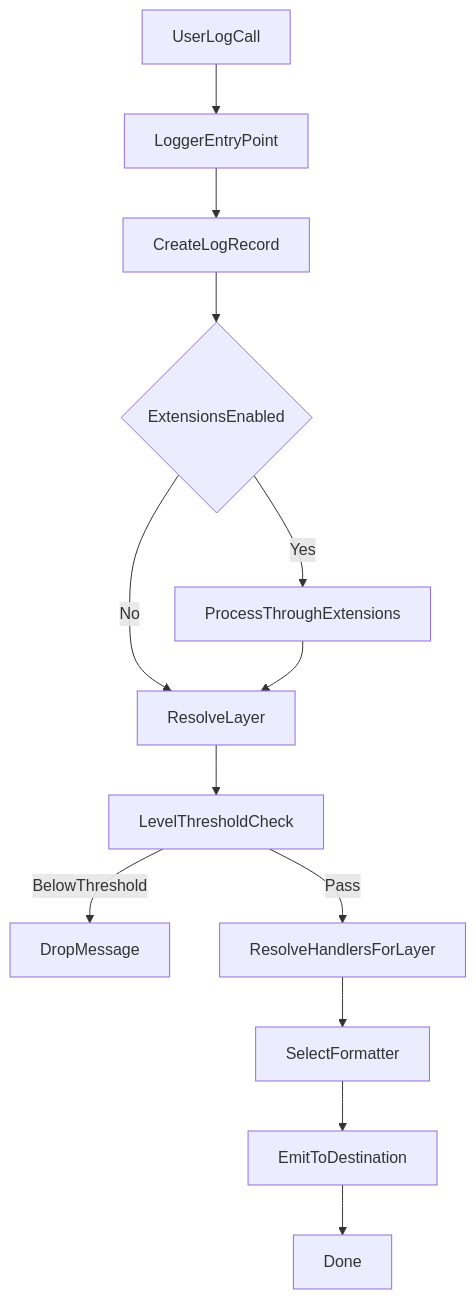
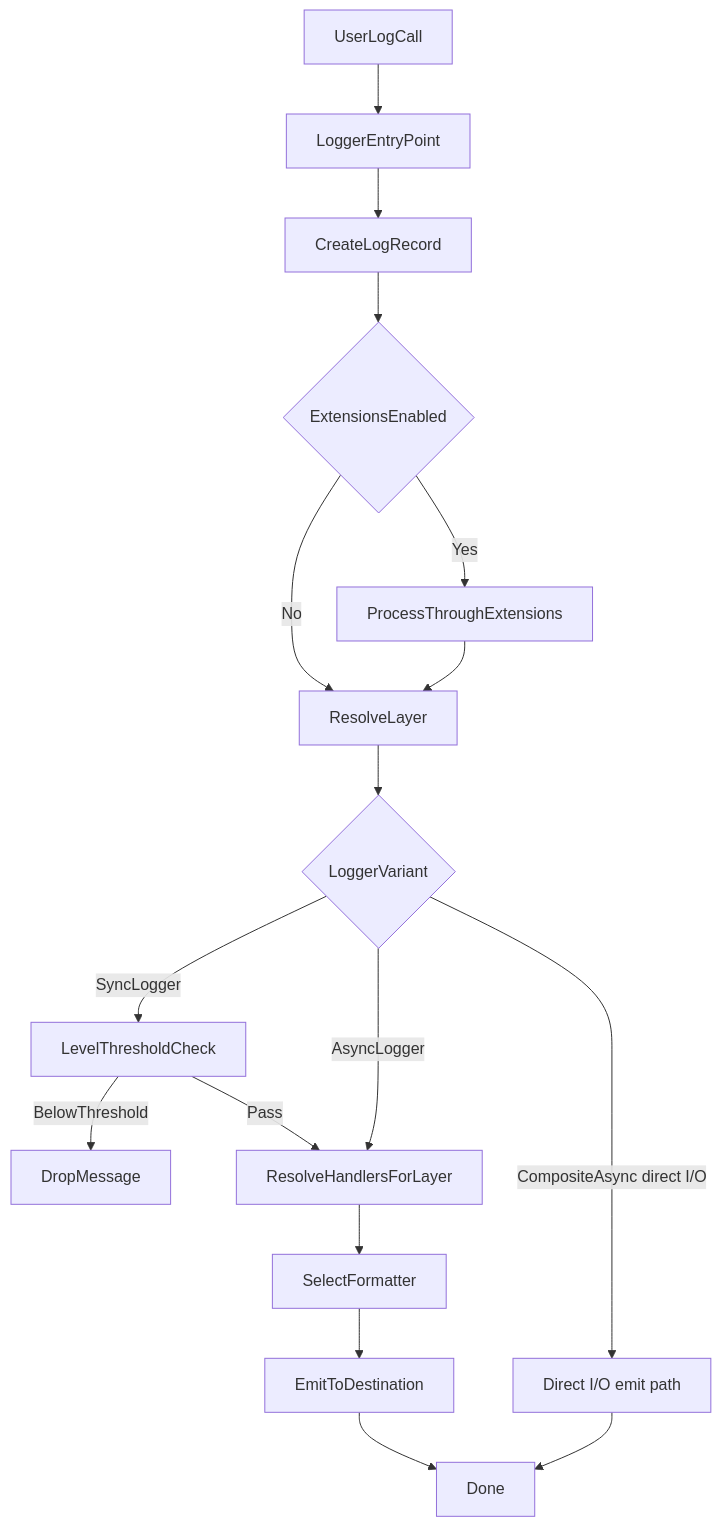
The first of 8 diagrams in docs/WORKFLOW_ARCHITECTURE.md (SavinRazvan/hydra-logger), drawn with Mermaid before and after one commit. The commit also changed other lines of this file and 53 other files, not shown here.

First line of the commit message:
docs(readme,modules): sharpen public docs and onboarding flow

````diff
--- a/docs/WORKFLOW_ARCHITECTURE.md
+++ b/docs/WORKFLOW_ARCHITECTURE.md
@@ -17,15 +18,19 @@
 ```mermaid
 flowchart TD
   userCall[UserLogCall] --> loggerEntry[LoggerEntryPoint]
   loggerEntry --> createRecord[CreateLogRecord]
   createRecord --> extensionStep{ExtensionsEnabled}
   extensionStep -->|No| routeLayer[ResolveLayer]
   extensionStep -->|Yes| extensionProcess[ProcessThroughExtensions]
   extensionProcess --> routeLayer
-  routeLayer --> levelCheck[LevelThresholdCheck]
+  routeLayer --> variantPath{LoggerVariant}
+  variantPath -->|SyncLogger| levelCheck[LevelThresholdCheck]
   levelCheck -->|BelowThreshold| stopDrop[DropMessage]
   levelCheck -->|Pass| resolveHandlers[ResolveHandlersForLayer]
+  variantPath -->|AsyncLogger| resolveHandlers
+  variantPath -->|CompositeAsync direct I/O| directIoPath[Direct I/O emit path]
   resolveHandlers --> formatterSelect[SelectFormatter]
   formatterSelect --> handlerEmit[EmitToDestination]
   handlerEmit --> doneNode[Done]
+  directIoPath --> doneNode
 ```
````
